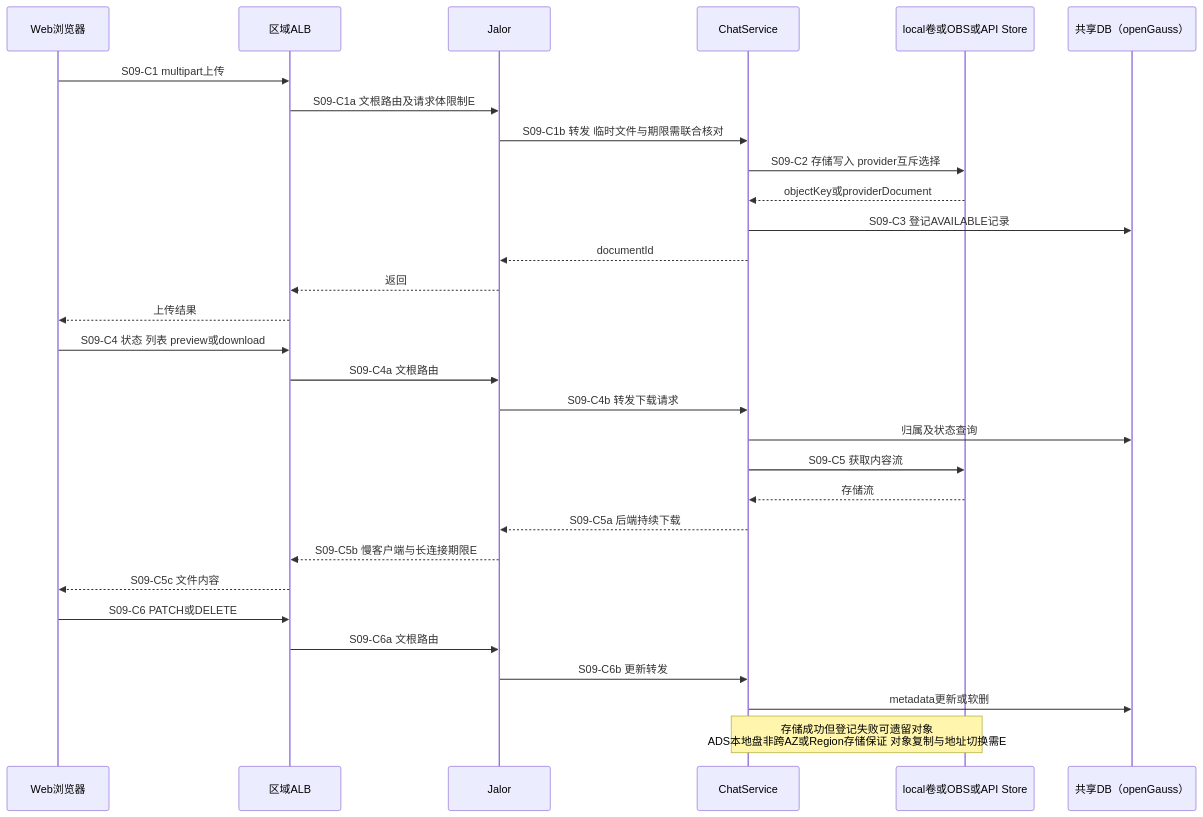
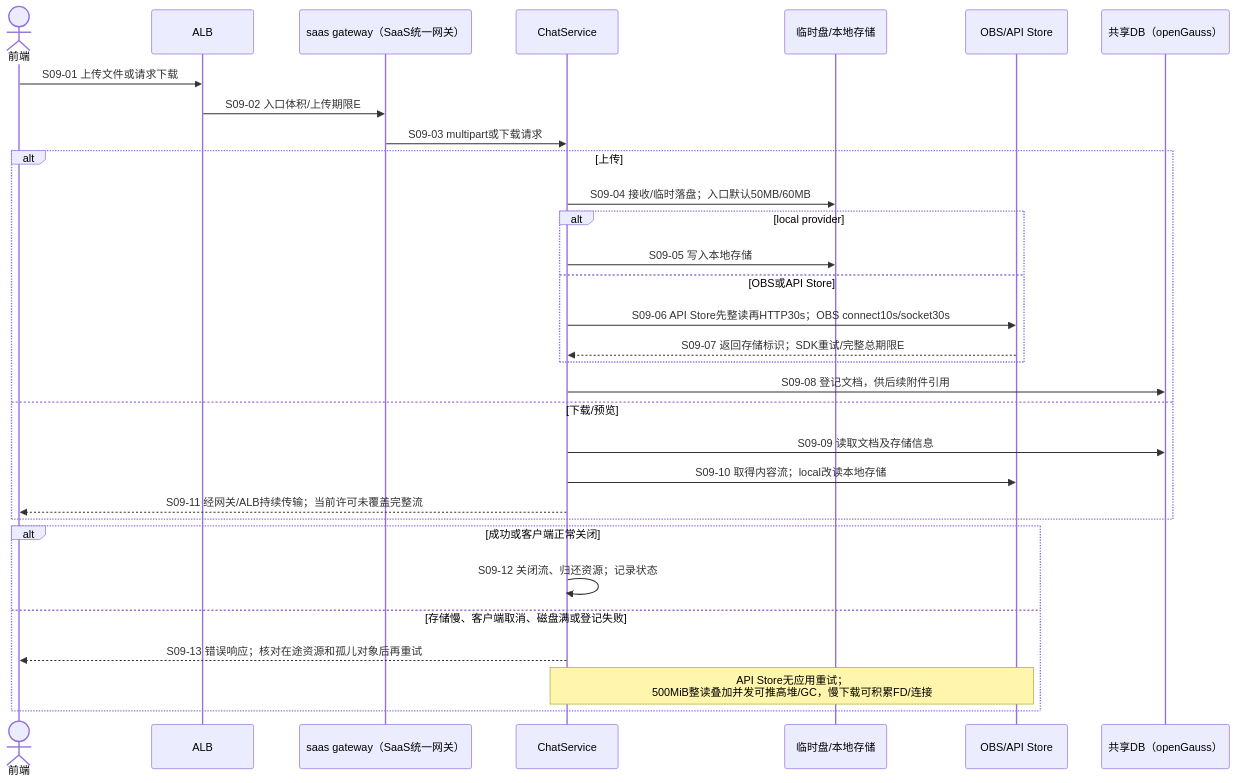
Before and after one commit to kunben-duck/exweb: the ninth of 12 diagrams in docs/architecture/high-availability/scenarios.md, drawn with Mermaid. The commit also changed other lines of this file and 8 other files, not shown here.

````diff
--- a/docs/architecture/high-availability/scenarios.md
+++ b/docs/architecture/high-availability/scenarios.md
@@ -817,32 +428,33 @@
 ```mermaid
 sequenceDiagram
-    participant U as Web浏览器
-    participant L as 区域ALB
-    participant G as Jalor
-    participant C as ChatService
-    participant S as local卷或OBS或API Store
-    participant D as 共享DB（openGauss）
-    U->>L: S09-C1 multipart上传
-    L->>G: S09-C1a 文根路由及请求体限制E
-    G->>C: S09-C1b 转发 临时文件与期限需联合核对
-    C->>S: S09-C2 存储写入 provider互斥选择
-    S-->>C: objectKey或providerDocument
-    C->>D: S09-C3 登记AVAILABLE记录
-    C-->>G: documentId
-    G-->>L: 返回
-    L-->>U: 上传结果
-    U->>L: S09-C4 状态 列表 preview或download
-    L->>G: S09-C4a 文根路由
-    G->>C: S09-C4b 转发下载请求
-    C->>D: 归属及状态查询
-    C->>S: S09-C5 获取内容流
-    S-->>C: 存储流
-    C-->>G: S09-C5a 后端持续下载
-    G-->>L: S09-C5b 慢客户端与长连接期限E
-    L-->>U: S09-C5c 文件内容
-    U->>L: S09-C6 PATCH或DELETE
-    L->>G: S09-C6a 文根路由
-    G->>C: S09-C6b 更新转发
-    C->>D: metadata更新或软删
-    Note over C,S: 存储成功但登记失败可遗留对象<br/>ADS本地盘非跨AZ或Region存储保证 对象复制与地址切换需E
+actor WEB as 前端
+    participant ALB
+    participant GW as saas gateway（SaaS统一网关）
+    participant CHAT as ChatService
+    participant DISK as 临时盘/本地存储
+    participant STORE as OBS/API Store
+    participant DB as 共享DB（openGauss）
+    WEB->>ALB: S09-01 上传文件或请求下载
+    ALB->>GW: S09-02 入口体积/上传期限E
+    GW->>CHAT: S09-03 multipart或下载请求
+    alt 上传
+        CHAT->>DISK: S09-04 接收/临时落盘；入口默认50MB/60MB
+        alt local provider
+            CHAT->>DISK: S09-05 写入本地存储
+        else OBS或API Store
+            CHAT->>STORE: S09-06 API Store先整读再HTTP30s；OBS connect10s/socket30s
+            STORE-->>CHAT: S09-07 返回存储标识；SDK重试/完整总期限E
+        end
+        CHAT->>DB: S09-08 登记文档，供后续附件引用
+    else 下载/预览
+        CHAT->>DB: S09-09 读取文档及存储信息
+        CHAT->>STORE: S09-10 取得内容流；local改读本地存储
+        CHAT-->>WEB: S09-11 经网关/ALB持续传输；当前许可未覆盖完整流
+    end
+    alt 成功或客户端正常关闭
+        CHAT->>CHAT: S09-12 关闭流、归还资源；记录状态
+    else 存储慢、客户端取消、磁盘满或登记失败
+        CHAT-->>WEB: S09-13 错误响应；核对在途资源和孤儿对象后再重试
+        Note over CHAT,STORE: API Store无应用重试；<br/>500MiB整读叠加并发可推高堆/GC，慢下载可积累FD/连接
+    end
 ```
````
